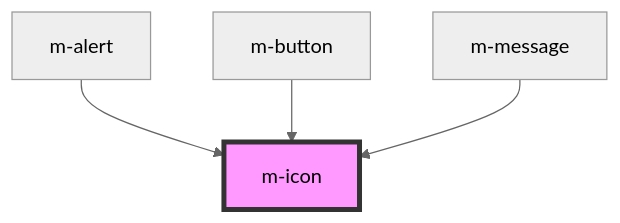
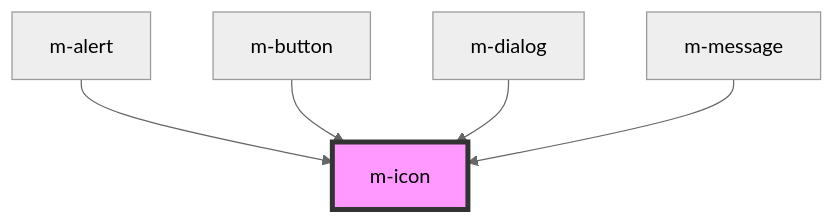
Before and after one commit to const-love-365-10000/mark-ui: the diagram in src/components/m-icon/readme.md, drawn with Mermaid (neutral theme). The commit also changed other lines of this file and 10 other files, not shown here.

````diff
--- a/src/components/m-icon/readme.md
+++ b/src/components/m-icon/readme.md
@@ -28,7 +29,8 @@
 ```mermaid
 graph TD;
   m-alert --> m-icon
   m-button --> m-icon
+  m-dialog --> m-icon
   m-message --> m-icon
   style m-icon fill:#f9f,stroke:#333,stroke-width:4px
 ```
````
